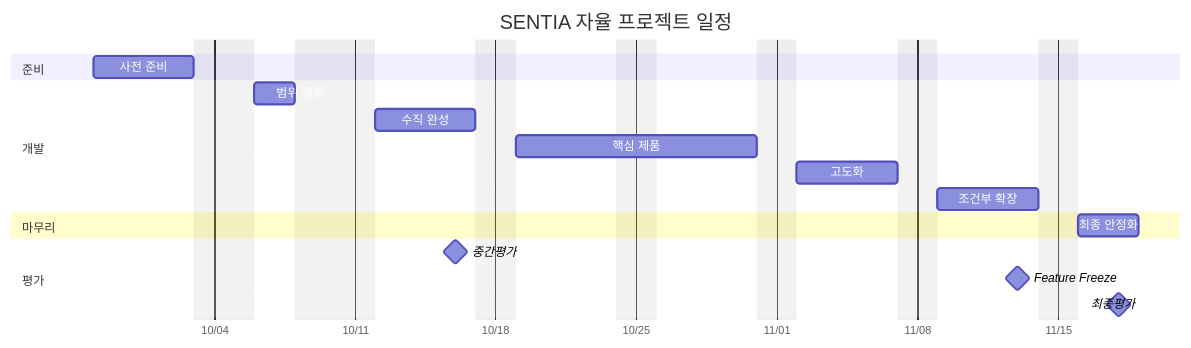
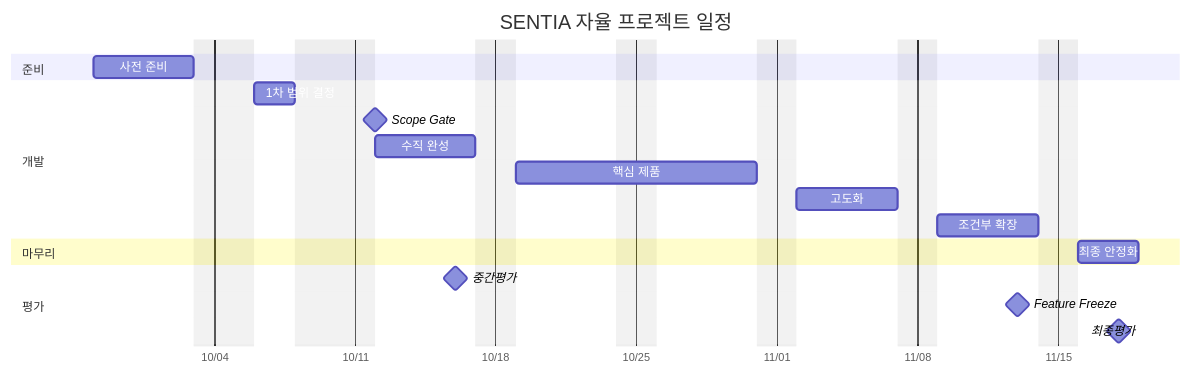
The diagram in docs/04-scope-and-plan.md (colosair/sentia-planning), drawn with Mermaid before and after one commit. The commit also changed other lines of this file, not shown here.

First line of the commit message:
docs: add scope gate after field trip and generalize gates

````diff
--- a/docs/04-scope-and-plan.md
+++ b/docs/04-scope-and-plan.md
@@ -246,21 +247,22 @@
 ```mermaid
 gantt
     title SENTIA 자율 프로젝트 일정
     dateFormat YYYY-MM-DD
     axisFormat %m/%d
     excludes weekends, 2026-10-05, 2026-10-08, 2026-10-09
     section 준비
     사전 준비          :prep, 2026-09-28, 5d
     section 개발
-    범위 결정          :scope, 2026-10-06, 2d
+    1차 범위 결정      :scope, 2026-10-06, 2d
+    Scope Gate         :milestone, sg, 2026-10-12, 0d
     수직 완성          :slice, 2026-10-12, 5d
     핵심 제품          :core, 2026-10-19, 10d
     고도화             :adv, 2026-11-02, 5d
     조건부 확장        :ext, 2026-11-09, 5d
     section 마무리
     최종 안정화        :stab, 2026-11-16, 3d
     section 평가
     중간평가           :milestone, m1, 2026-10-16, 0d
     Feature Freeze     :milestone, m2, 2026-11-13, 0d
     최종평가           :milestone, m3, 2026-11-18, 0d
 ```
````
